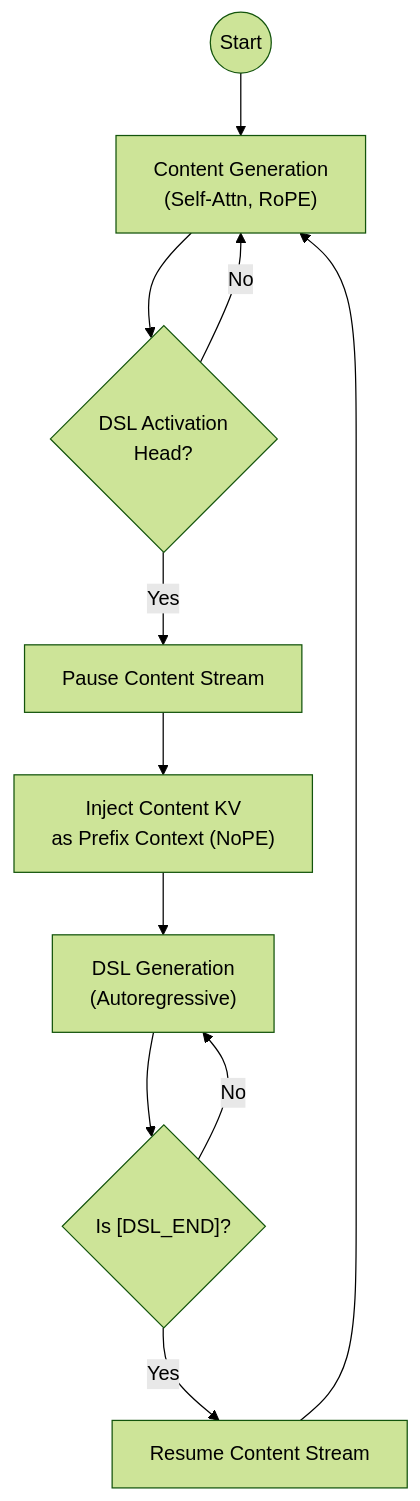
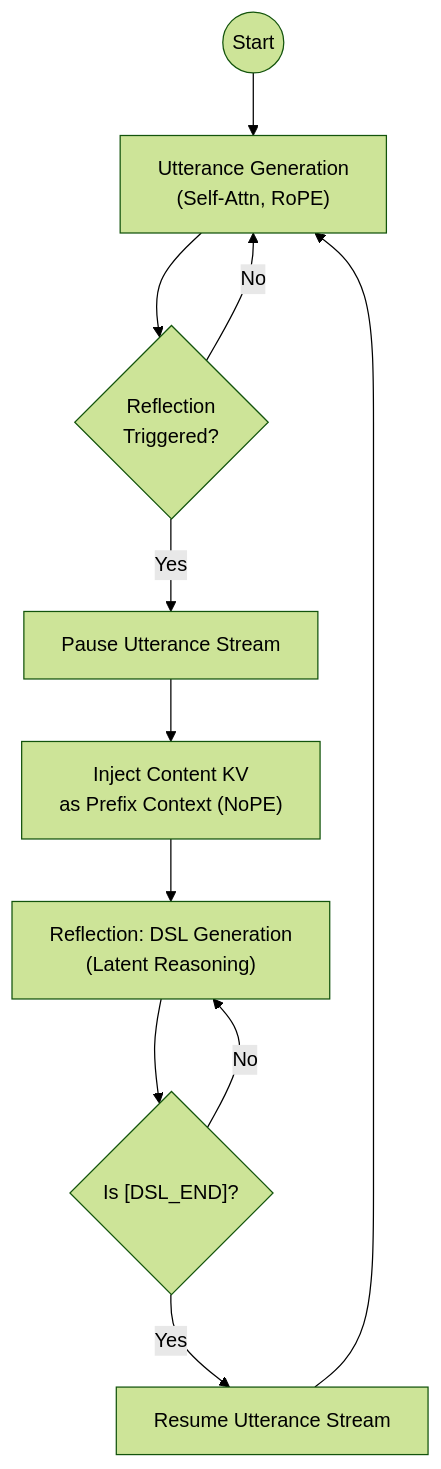
Before and after one commit to Jack31098/inf_context_llm: the diagram in masa.md, drawn with Mermaid (forest theme). The commit also changed other lines of this file, not shown here.

````diff
--- a/masa.md
+++ b/masa.md
@@ -113,16 +199,16 @@
 ```mermaid
 graph TD
-    Start((Start)) --> ContentGen["Content Generation<br/>(Self-Attn, RoPE)"]
-    ContentGen --> CheckHead{"DSL Activation<br/>Head?"}
+    Start((Start)) --> ContentGen["Utterance Generation<br/>(Self-Attn, RoPE)"]
+    ContentGen --> CheckHead{"Reflection<br/>Triggered?"}
     
     CheckHead -- No --> ContentGen
-    CheckHead -- Yes --> PauseContent[Pause Content Stream]
+    CheckHead -- Yes --> PauseContent[Pause Utterance Stream]
     
     PauseContent --> InjectKV["Inject Content KV<br/>as Prefix Context (NoPE)"]
-    InjectKV --> DSLGen["DSL Generation<br/>(Autoregressive)"]
+    InjectKV --> DSLGen["Reflection: DSL Generation<br/>(Latent Reasoning)"]
     
     DSLGen --> CheckEnd{"Is [DSL_END]?"}
     CheckEnd -- No --> DSLGen
-    CheckEnd -- Yes --> ResumeContent[Resume Content Stream]
+    CheckEnd -- Yes --> ResumeContent[Resume Utterance Stream]
     ResumeContent --> ContentGen
 ```
````
